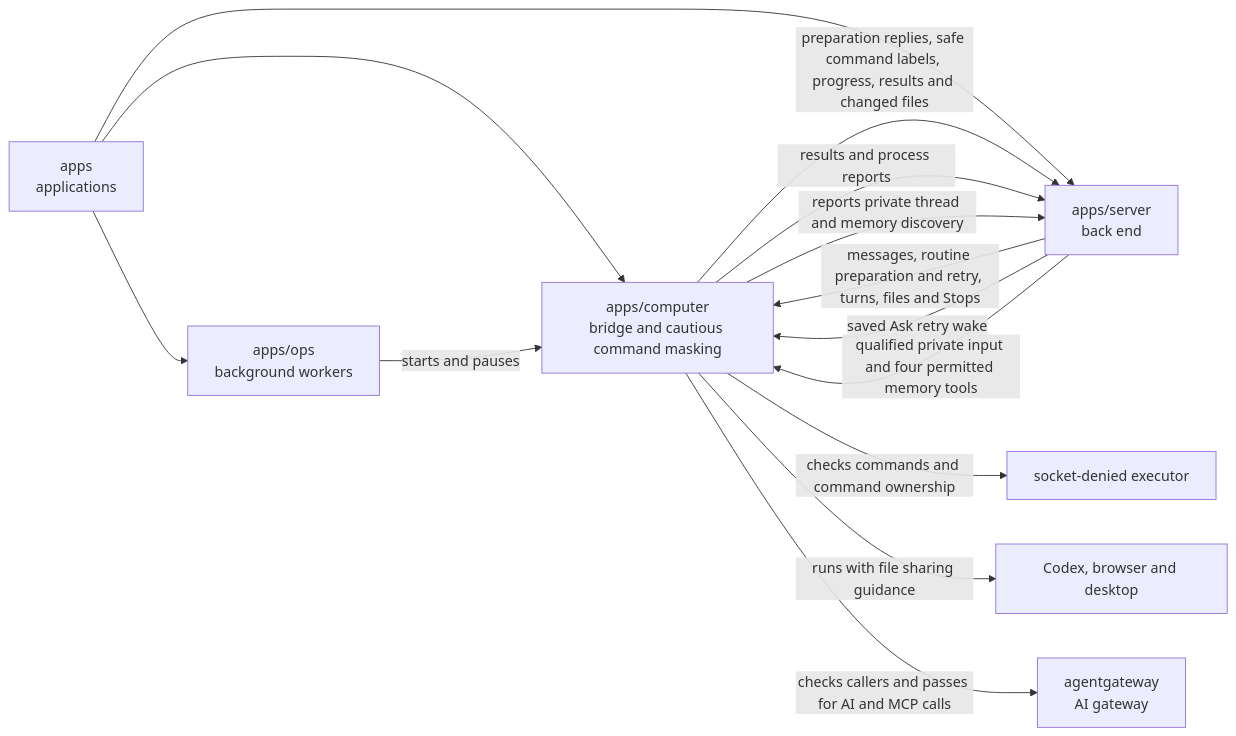
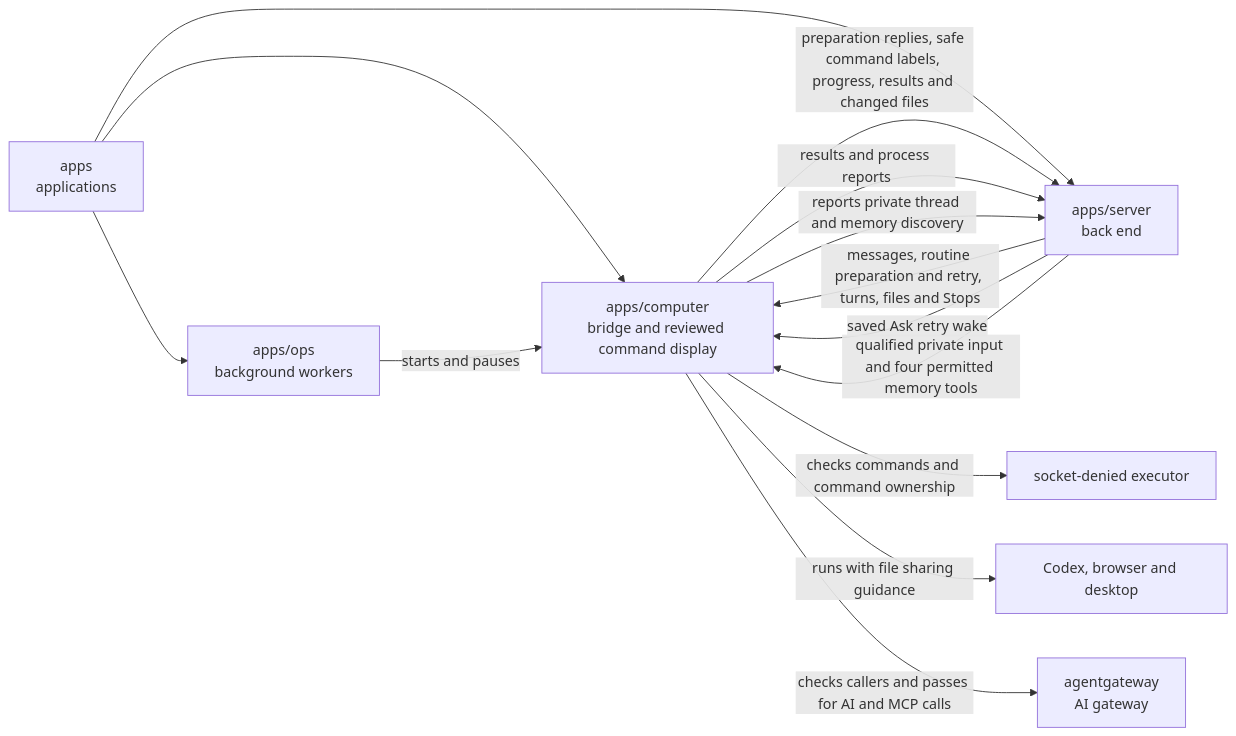
The diagram in apps/computer/README.md (elewa-git/opencrane-new), drawn with Mermaid before and after one commit. The commit also changed other lines of this file and 3 other files, not shown here.

Commit message:
🔒 Show only reviewed command words and workspace paths

````diff
--- a/apps/computer/README.md
+++ b/apps/computer/README.md
@@ -16,16 +16,16 @@
 ```mermaid
 flowchart LR
-  apps["apps<br/>applications"] --> computer["apps/computer<br/>bridge and cautious command masking"]
+  apps["apps<br/>applications"] --> computer["apps/computer<br/>bridge and reviewed command display"]
   apps --> ops["apps/ops<br/>background workers"]
   apps --> server["apps/server<br/>back end"]
   ops -->|starts and pauses| computer
   server -->|messages, routine preparation and retry, turns, files and Stops| computer
   server -->|saved Ask retry wake| computer
   computer -->|preparation replies, safe command labels, progress, results and changed files| server
   computer -->|results and process reports| server
   server -->|qualified private input and four permitted memory tools| computer
   computer -->|reports private thread and memory discovery| server
   computer -->|checks commands and command ownership| executor["socket-denied executor"]
   computer -->|runs with file sharing guidance| desktop["Codex, browser and desktop"]
   computer -->|checks callers and passes for AI and MCP calls| gateway["agentgateway<br/>AI gateway"]
 ```
````
